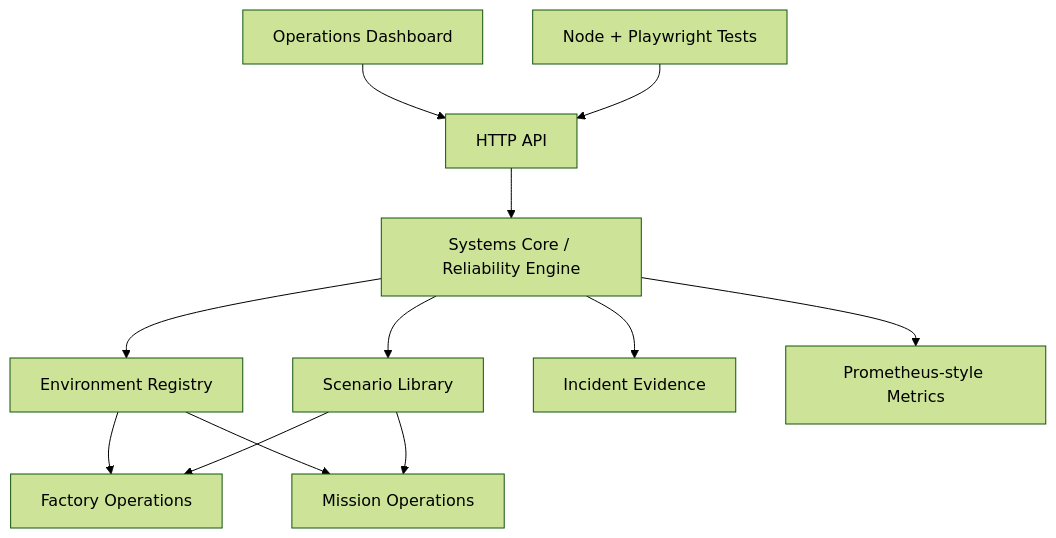
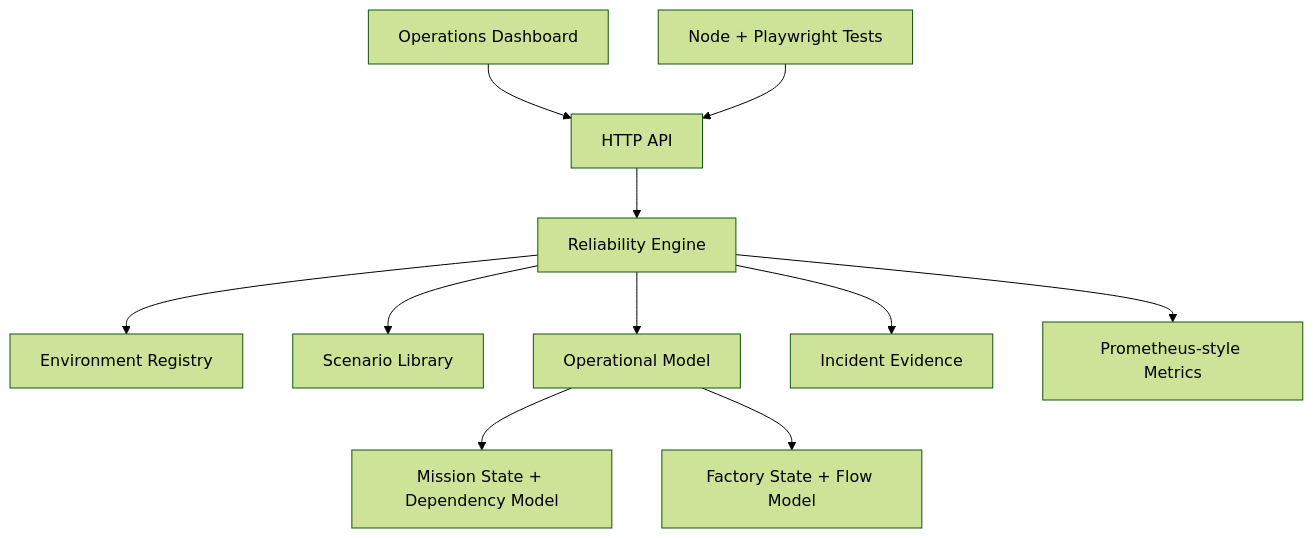
Before and after one commit to Lordkoii/Orbital-Reliability-Lab: the diagram in docs/ARCHITECTURE.md, drawn with Mermaid (forest theme). The commit also changed other lines of this file and 15 other files, not shown here.

````diff
--- a/docs/ARCHITECTURE.md
+++ b/docs/ARCHITECTURE.md
@@ -11,14 +9,13 @@
 ```mermaid
 flowchart TB
     UI[Operations Dashboard] --> API[HTTP API]
-    API --> CORE[Systems Core / Reliability Engine]
+    TESTS[Node + Playwright Tests] --> API
+    API --> CORE[Reliability Engine]
     CORE --> ENV[Environment Registry]
     CORE --> SCENARIOS[Scenario Library]
-    ENV --> FACTORY[Factory Operations]
-    ENV --> MISSION[Mission Operations]
-    SCENARIOS --> FACTORY
-    SCENARIOS --> MISSION
+    CORE --> MODEL[Operational Model]
+    MODEL --> MISSION[Mission State + Dependency Model]
+    MODEL --> FACTORY[Factory State + Flow Model]
     CORE --> EVENTS[Incident Evidence]
     CORE --> METRICS[Prometheus-style Metrics]
-    TESTS[Node + Playwright Tests] --> API
 ```
````
